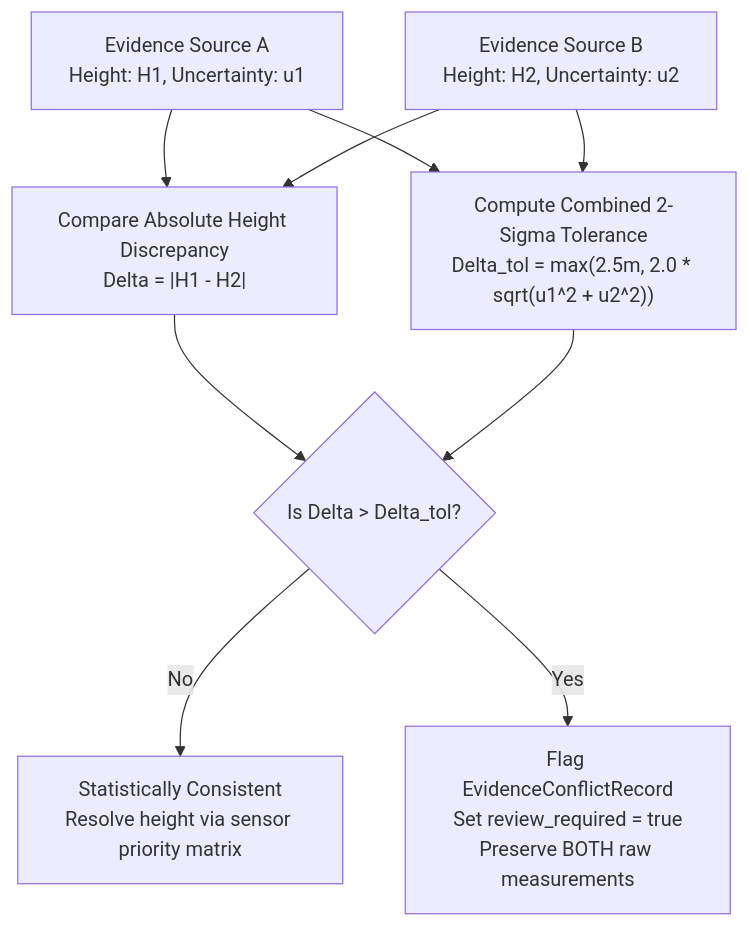
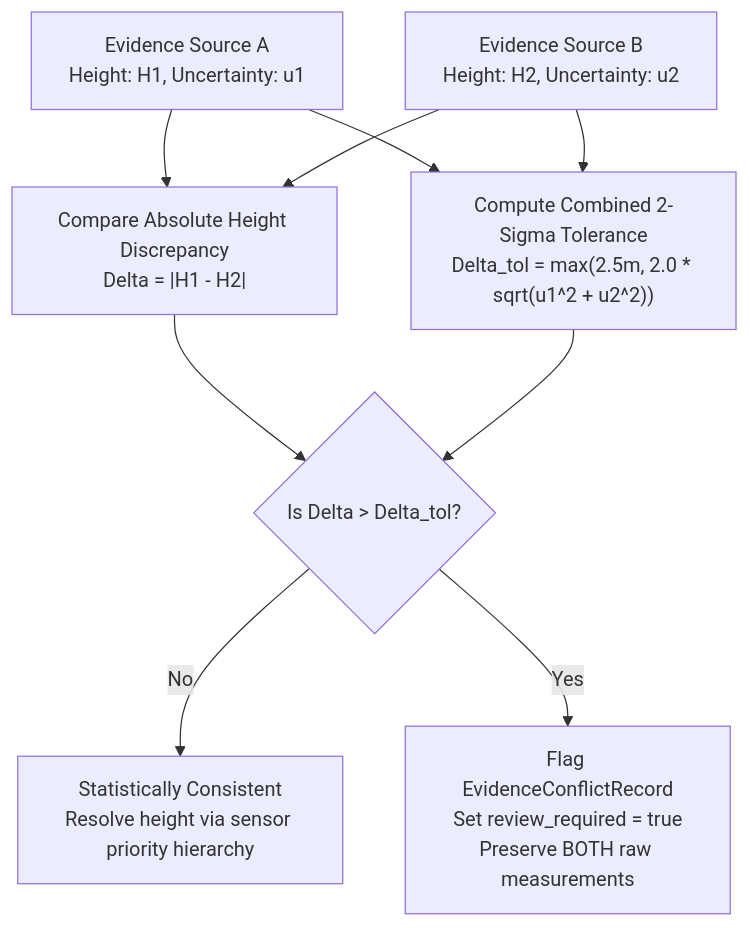
One commit to SreyasM24/3D-ULPIN-Vertical-Property-Mapping changed the second of 5 diagrams in README.md. Above: the diagram before and after it, drawn with Mermaid. The commit also changed other lines of this file, not shown here.

````diff
--- a/README.md
+++ b/README.md
@@ -317,8 +161,8 @@
 ```mermaid
 flowchart TD
     E1["Evidence Source A<br/>Height: H1, Uncertainty: u1"] & E2["Evidence Source B<br/>Height: H2, Uncertainty: u2"] --> CMP["Compare Absolute Height Discrepancy<br/>Delta = |H1 - H2|"]
     E1 & E2 --> UNC["Compute Combined 2-Sigma Tolerance<br/>Delta_tol = max(2.5m, 2.0 * sqrt(u1^2 + u2^2))"]
     CMP & UNC --> CHK{"Is Delta > Delta_tol?"}
-    CHK -- No --> PASS["Statistically Consistent<br/>Resolve height via sensor priority matrix"]
+    CHK -- No --> PASS["Statistically Consistent<br/>Resolve height via sensor priority hierarchy"]
     CHK -- Yes --> CONFLICT["Flag EvidenceConflictRecord<br/>Set review_required = true<br/>Preserve BOTH raw measurements"]
 ```
````
